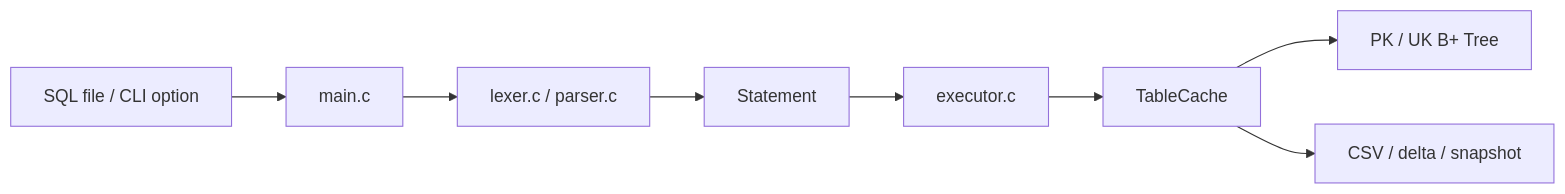
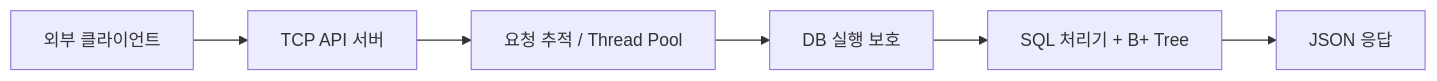
Before and after one commit to Wish-Upon-A-Star/SQL-B-Tree: the diagram in README.md, drawn with Mermaid. The commit also changed other lines of this file, not shown here.

First line of the commit message:
Revise README for mini DBMS API server

````diff
--- a/README.md
+++ b/README.md
@@ -86,10 +9,8 @@
 ```mermaid
 flowchart LR
-    A["SQL file / CLI option"] --> B["main.c"]
-    B --> C["lexer.c / parser.c"]
-    C --> D["Statement"]
-    D --> E["executor.c"]
-    E --> F["TableCache"]
-    F --> G["PK / UK B+ Tree"]
-    F --> H["CSV / delta / snapshot"]
+    A["외부 클라이언트"] --> B["TCP API 서버"]
+    B --> C["요청 추적 / Thread Pool"]
+    C --> D["DB 실행 보호"]
+    D --> E["SQL 처리기 + B+ Tree"]
+    E --> F["JSON 응답"]
 ```
````
